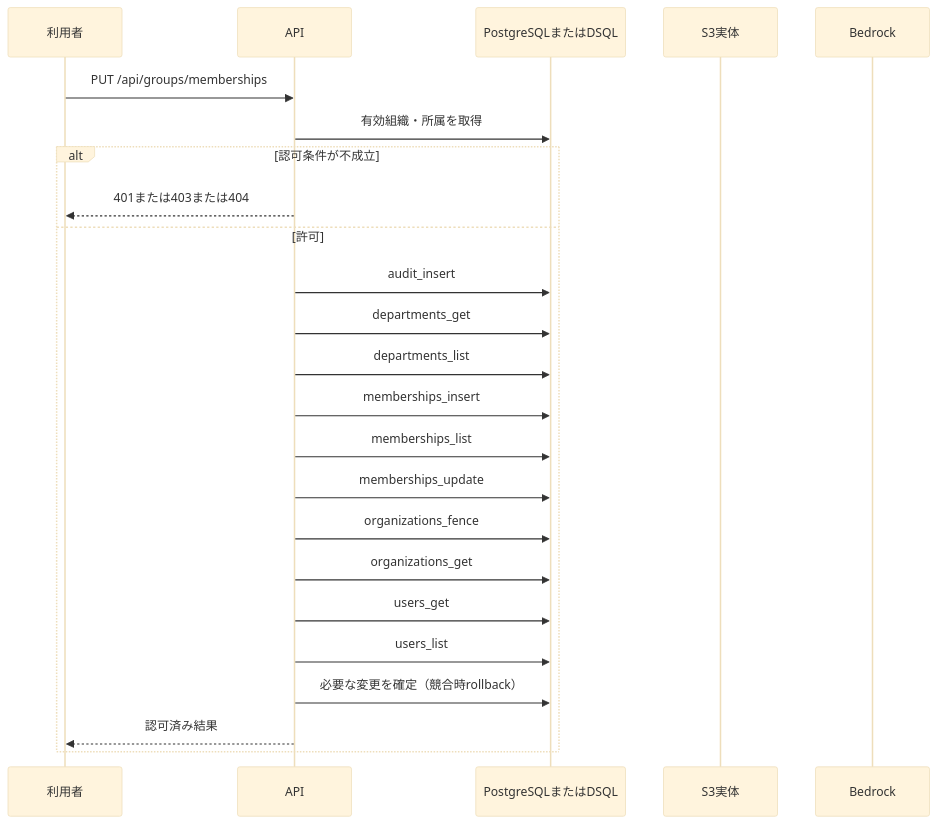
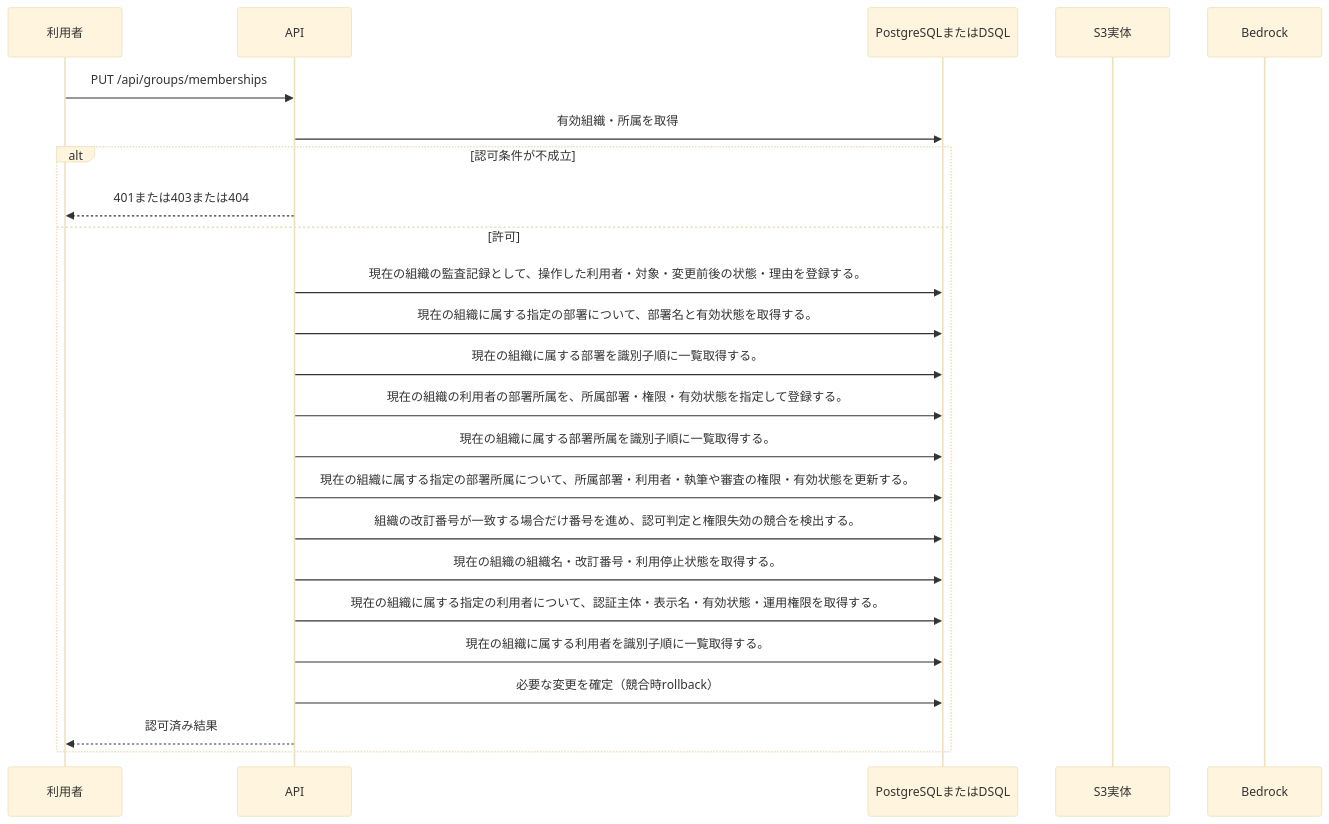
The diagram in docs/design/generated/api/groups/change_membership/sequence.md (tsuji-tomonori/KotoRelay), drawn with Mermaid (base theme) before and after one commit. The commit also changed other lines of this file and 286 other files, not shown here.

````diff
--- a/docs/design/generated/api/groups/change_membership/sequence.md
+++ b/docs/design/generated/api/groups/change_membership/sequence.md
@@ -7,26 +7,26 @@
 ```mermaid
 sequenceDiagram
     participant U as 利用者
     participant A as API
     participant D as PostgreSQLまたはDSQL
     participant S as S3実体
     participant M as Bedrock
     U->>A: PUT /api/groups/memberships
     A->>D: 有効組織・所属を取得
     alt 認可条件が不成立
         A-->>U: 401または403または404
     else 許可
-        A->>D: audit_insert
-        A->>D: departments_get
-        A->>D: departments_list
-        A->>D: memberships_insert
-        A->>D: memberships_list
-        A->>D: memberships_update
-        A->>D: organizations_fence
-        A->>D: organizations_get
-        A->>D: users_get
-        A->>D: users_list
+        A->>D: 現在の組織の監査記録として、操作した利用者・対象・変更前後の状態・理由を登録する。
+        A->>D: 現在の組織に属する指定の部署について、部署名と有効状態を取得する。
+        A->>D: 現在の組織に属する部署を識別子順に一覧取得する。
+        A->>D: 現在の組織の利用者の部署所属を、所属部署・権限・有効状態を指定して登録する。
+        A->>D: 現在の組織に属する部署所属を識別子順に一覧取得する。
+        A->>D: 現在の組織に属する指定の部署所属について、所属部署・利用者・執筆や審査の権限・有効状態を更新する。
+        A->>D: 組織の改訂番号が一致する場合だけ番号を進め、認可判定と権限失効の競合を検出する。
+        A->>D: 現在の組織の組織名・改訂番号・利用停止状態を取得する。
+        A->>D: 現在の組織に属する指定の利用者について、認証主体・表示名・有効状態・運用権限を取得する。
+        A->>D: 現在の組織に属する利用者を識別子順に一覧取得する。
         A->>D: 必要な変更を確定（競合時rollback）
         A-->>U: 認可済み結果
     end
 ```
````
